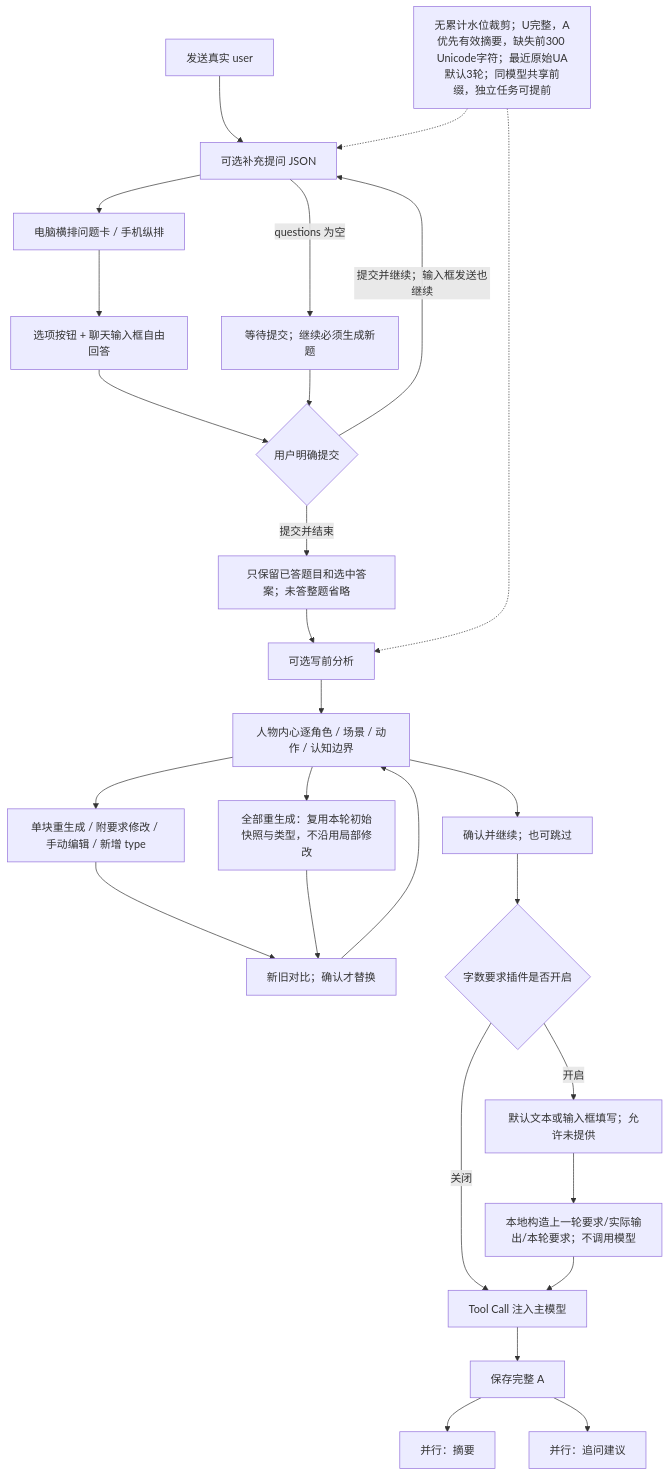
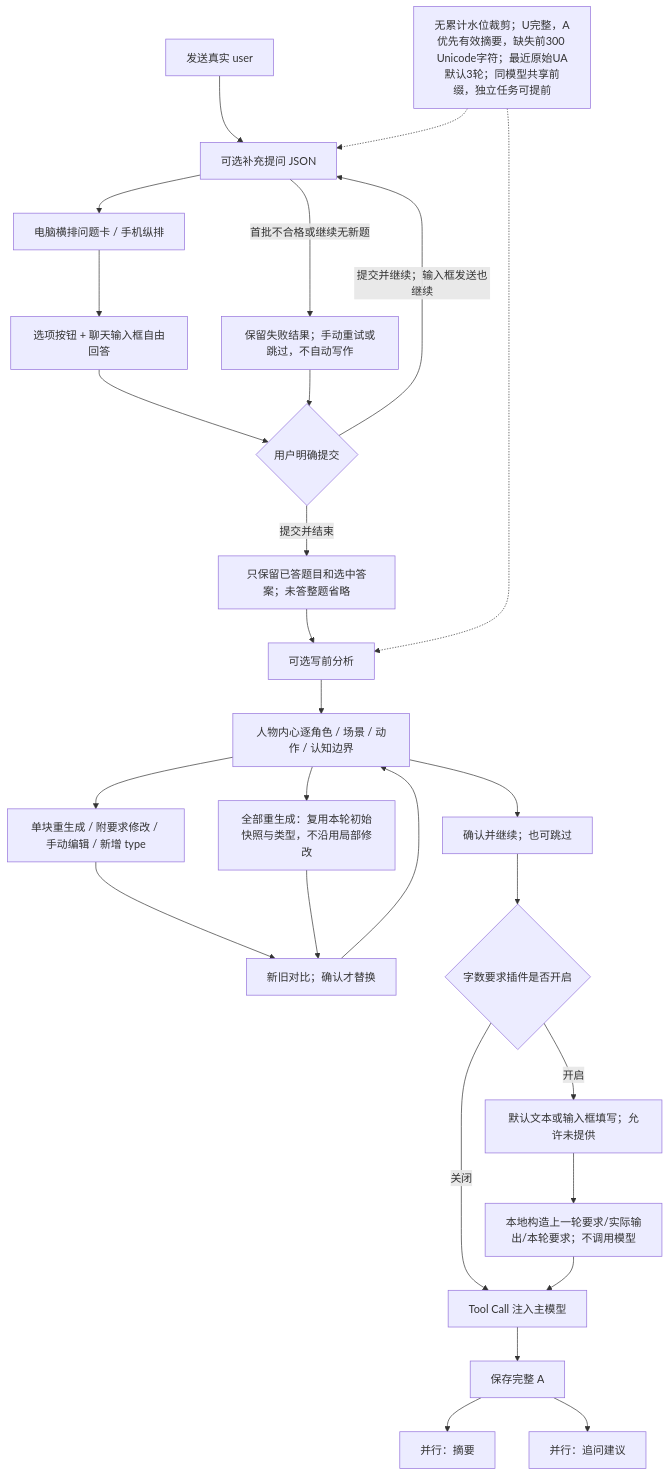
One commit to ccawmiku/workers-chat changed the first of 3 diagrams in docs/PLUGINS.md. Above: the diagram before and after it, drawn with Mermaid. The commit also changed other lines of this file and 29 other files, not shown here.

````diff
--- a/docs/PLUGINS.md
+++ b/docs/PLUGINS.md
@@ -9,29 +9,29 @@
 ```mermaid
 flowchart TD
   U[发送真实 user] --> C[可选补充提问 JSON]
   C --> Q[电脑横排问题卡 / 手机纵排]
   Q --> A[选项按钮 + 聊天输入框自由回答]
   A --> L{用户明确提交}
   L -->|提交并继续；输入框发送也继续| C
   L -->|提交并结束| Filter[只保留已答题目和选中答案；未答整题省略]
   Filter --> P[可选写前分析]
-  C -->|questions 为空| Wait[等待提交；继续必须生成新题]
+  C -->|首批不合格或继续无新题| Wait[保留失败结果；手动重试或跳过，不自动写作]
   Wait --> L
   P --> Blocks[人物内心逐角色 / 场景 / 动作 / 认知边界]
   Blocks --> Edit[单块重生成 / 附要求修改 / 手动编辑 / 新增 type]
   Edit --> Compare[新旧对比；确认才替换]
   Compare --> Blocks
   Blocks --> All[全部重生成：复用本轮初始快照与类型，不沿用局部修改]
   All --> Compare
   Blocks --> Gate[确认并继续；也可跳过]
   Gate --> Length{字数要求插件是否开启}
   Length -->|关闭| Main[Tool Call 注入主模型]
   Length -->|开启| Requirement[默认文本或输入框填写；允许未提供]
   Requirement --> LocalTool[本地构造上一轮要求/实际输出/本轮要求；不调用模型]
   LocalTool --> Main
   Main --> Saved[保存完整 A]
   Saved --> S[并行：摘要]
   Saved --> F[并行：追问建议]
   W[无累计水位裁剪；U完整，A优先有效摘要，缺失前300 Unicode字符；最近原始UA默认3轮；同模型共享前缀，独立任务可提前] -.-> C
   W -.-> P
 ```
````
